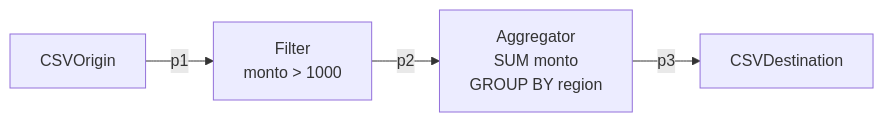
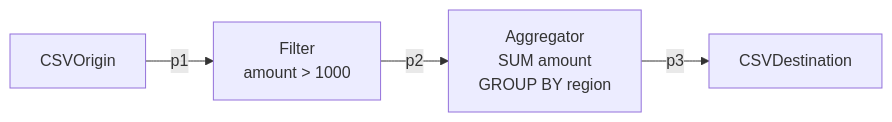
One commit to bernardo-colorado-dubois/open-stage changed the second of 3 diagrams in README.md. Above: the diagram before and after it, drawn with Mermaid. The commit also changed other lines of this file and 1 other file, not shown here.

````diff
--- a/README.md
+++ b/README.md
@@ -164,6 +164,6 @@
 ```mermaid
 graph LR
-    A[CSVOrigin] -->|p1| B[Filter<br/>monto > 1000]
-    B -->|p2| C[Aggregator<br/>SUM monto<br/>GROUP BY region]
+    A[CSVOrigin] -->|p1| B[Filter<br/>amount > 1000]
+    B -->|p2| C[Aggregator<br/>SUM amount<br/>GROUP BY region]
     C -->|p3| D[CSVDestination]
 ```
````
